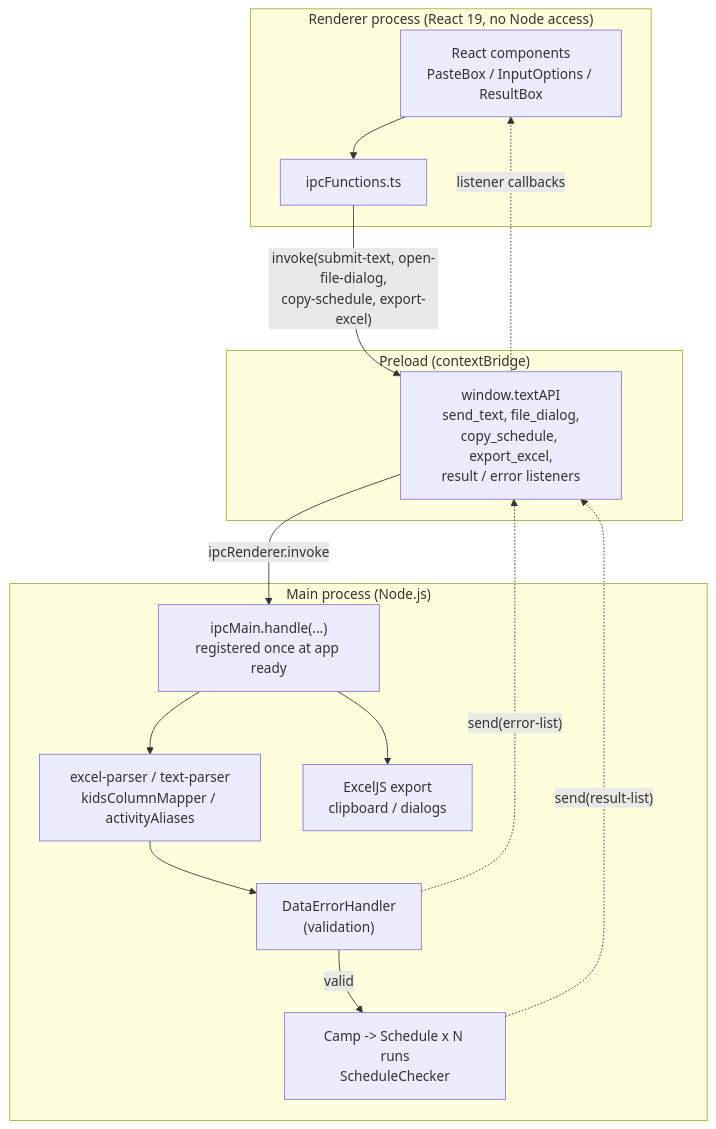
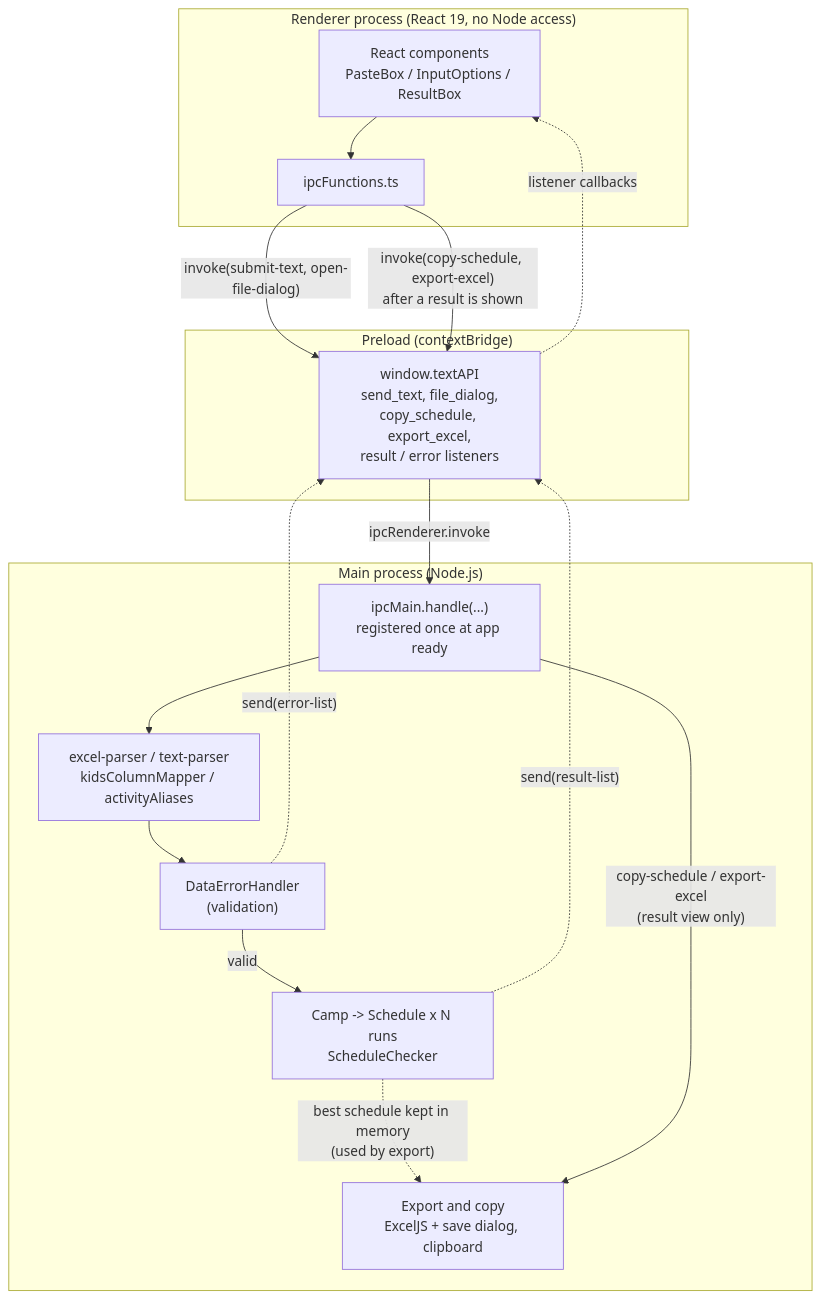
The first of 2 diagrams in README.md (Darren-Haynes/NY-Sheriff-Summer-Camp-Scheduler), drawn with Mermaid before and after one commit. The commit also changed other lines of this file, not shown here.

Commit message:
docs: show export and copy as a second step after a result
The architecture diagram drew export/clipboard as a sibling of the parse and
schedule path, and listed copy-schedule and export-excel alongside the
submit/open calls. They are only reachable from the result view, and
export-excel uses the best schedule kept in memory from the run.

Also split the dialogs (open is input, save belongs to export), add the
request-flow step, mention the maximum-size check, and refresh the test
counts (80 Vitest, 44 Playwright).

````diff
--- a/README.md
+++ b/README.md
@@ -56,29 +56,31 @@
 ```mermaid
 flowchart TD
     subgraph Renderer["Renderer process (React 19, no Node access)"]
         UI["React components<br/>PasteBox / InputOptions / ResultBox"]
         IPCFN["ipcFunctions.ts"]
         UI --> IPCFN
     end
 
     subgraph Preload["Preload (contextBridge)"]
         API["window.textAPI<br/>send_text, file_dialog,<br/>copy_schedule, export_excel,<br/>result / error listeners"]
     end
 
     subgraph Main["Main process (Node.js)"]
         IPC["ipcMain.handle(...)<br/>registered once at app ready"]
         PARSE["excel-parser / text-parser<br/>kidsColumnMapper / activityAliases"]
         VALIDATE["DataErrorHandler<br/>(validation)"]
         ENGINE["Camp -> Schedule x N runs<br/>ScheduleChecker"]
-        OUT["ExcelJS export<br/>clipboard / dialogs"]
+        OUT["Export and copy<br/>ExcelJS + save dialog, clipboard"]
         IPC --> PARSE --> VALIDATE
         VALIDATE -- valid --> ENGINE
-        IPC --> OUT
+        ENGINE -. "best schedule kept in memory<br/>(used by export)" .-> OUT
+        IPC -- "copy-schedule / export-excel<br/>(result view only)" --> OUT
     end
 
-    IPCFN -- "invoke(submit-text, open-file-dialog,<br/>copy-schedule, export-excel)" --> API
+    IPCFN -- "invoke(submit-text, open-file-dialog)" --> API
+    IPCFN -- "invoke(copy-schedule, export-excel)<br/>after a result is shown" --> API
     API -- "ipcRenderer.invoke" --> IPC
     VALIDATE -. "send(error-list)" .-> API
     ENGINE -. "send(result-list)" .-> API
     API -. "listener callbacks" .-> UI
 ```
````
